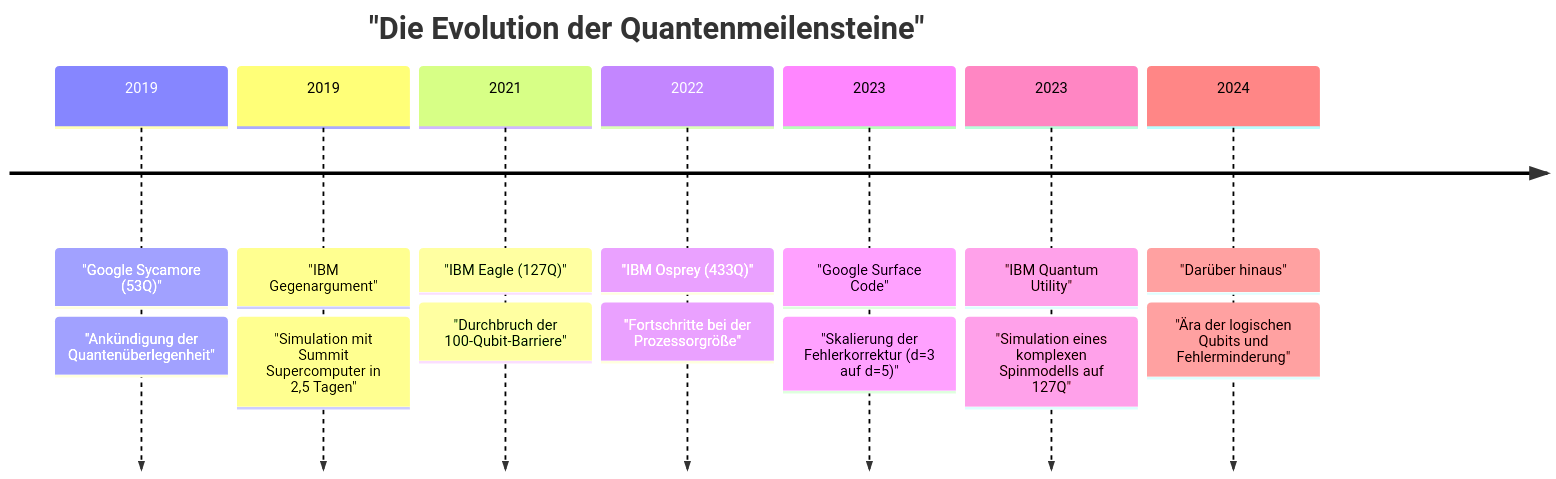
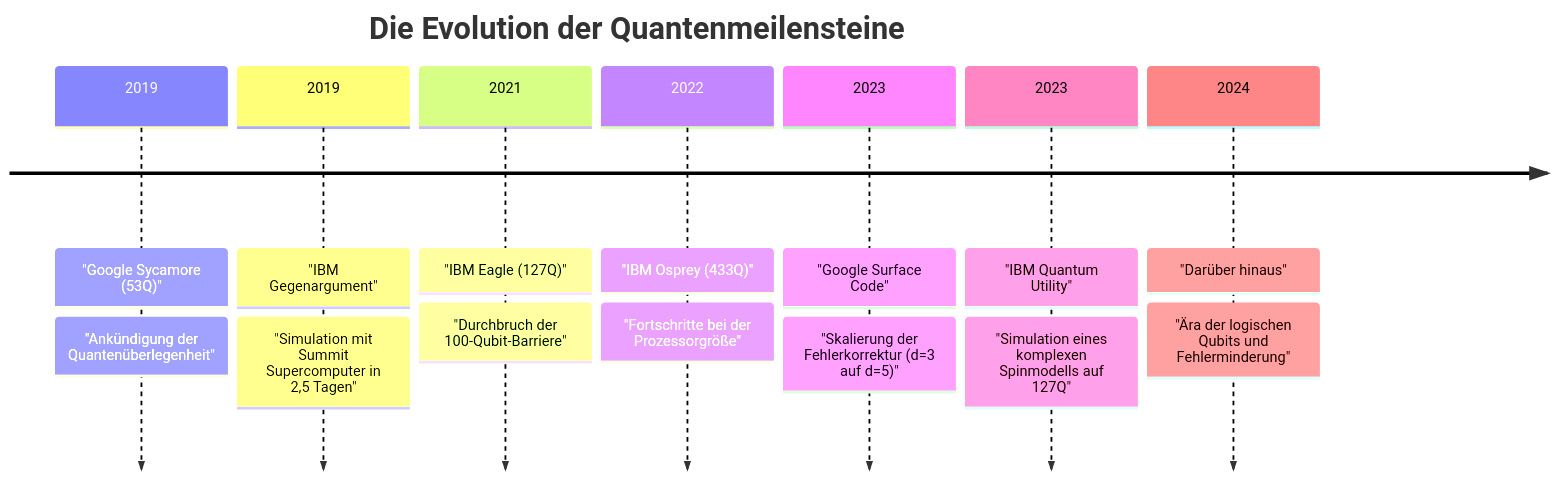
Before and after one commit to kenjinote/blog: the second of 3 diagrams in content/post/量子超越性とは何か/index.de.md, drawn with Mermaid. The commit also changed other lines of this file and 703 other files, not shown here.

Commit message:
Fix: Remove quotes from Mermaid link texts and timeline definitions to support Mermaid 11.4.1

````diff
--- a/content/post/量子超越性とは何か/index.de.md
+++ b/content/post/量子超越性とは何か/index.de.md
@@ -106,11 +106,11 @@
 ```mermaid
 timeline
-    title "Die Evolution der Quantenmeilensteine"
+    title Die Evolution der Quantenmeilensteine
     2019 : "Google Sycamore (53Q)" : "Ankündigung der Quantenüberlegenheit"
     2019 : "IBM Gegenargument" : "Simulation mit Summit Supercomputer in 2,5 Tagen"
     2021 : "IBM Eagle (127Q)" : "Durchbruch der 100-Qubit-Barriere"
     2022 : "IBM Osprey (433Q)" : "Fortschritte bei der Prozessorgröße"
     2023 : "Google Surface Code" : "Skalierung der Fehlerkorrektur (d=3 auf d=5)"
     2023 : "IBM Quantum Utility" : "Simulation eines komplexen Spinmodells auf 127Q"
     2024 : "Darüber hinaus" : "Ära der logischen Qubits und Fehlerminderung"
 ```
````
